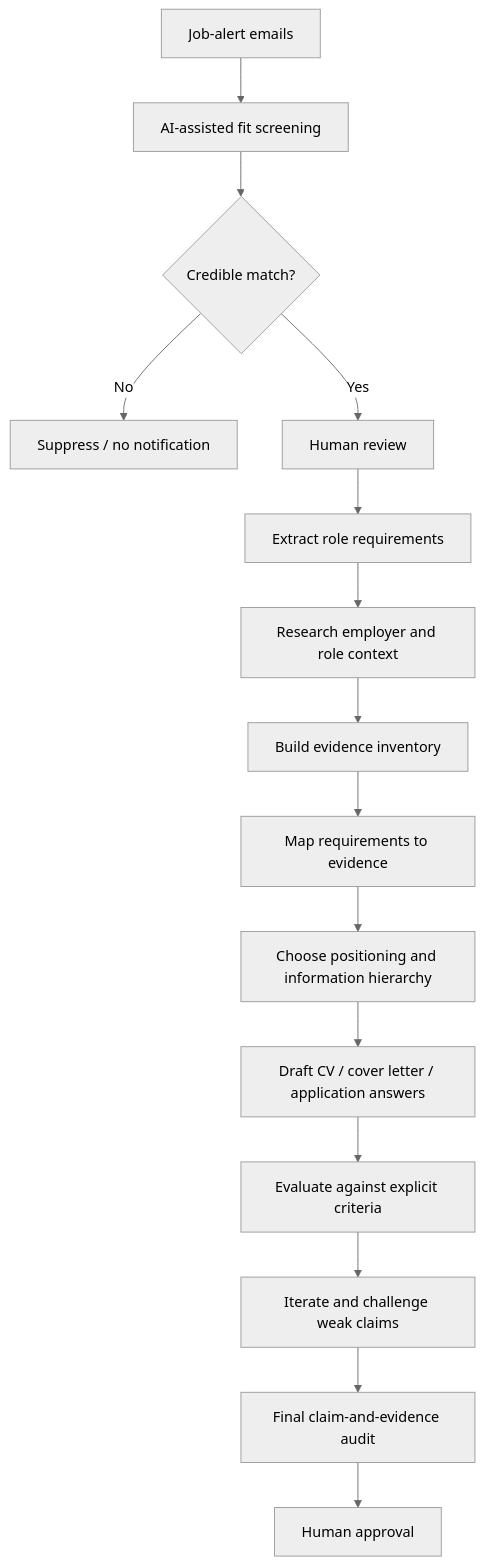
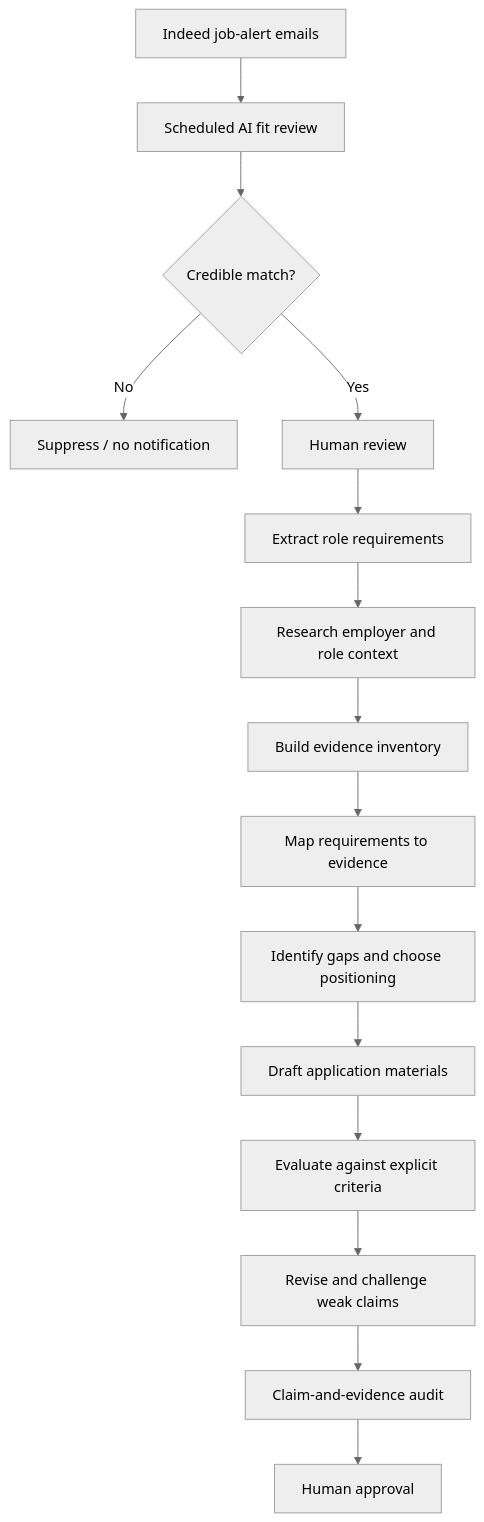
The diagram in README.md (jdohertydev/evidence-driven-ai-job-search), drawn with Mermaid (neutral theme) before and after one commit. The commit also changed other lines of this file, not shown here.

````diff
--- a/README.md
+++ b/README.md
@@ -19,17 +23,17 @@
 ```mermaid
 flowchart TD
-    A[Job-alert emails] --> B[AI-assisted fit screening]
+    A[Indeed job-alert emails] --> B[Scheduled AI fit review]
     B --> C{Credible match?}
     C -- No --> D[Suppress / no notification]
     C -- Yes --> E[Human review]
     E --> F[Extract role requirements]
     F --> G[Research employer and role context]
     G --> H[Build evidence inventory]
     H --> I[Map requirements to evidence]
-    I --> J[Choose positioning and information hierarchy]
-    J --> K[Draft CV / cover letter / application answers]
+    I --> J[Identify gaps and choose positioning]
+    J --> K[Draft application materials]
     K --> L[Evaluate against explicit criteria]
-    L --> M[Iterate and challenge weak claims]
-    M --> N[Final claim-and-evidence audit]
+    L --> M[Revise and challenge weak claims]
+    M --> N[Claim-and-evidence audit]
     N --> O[Human approval]
 ```
````
